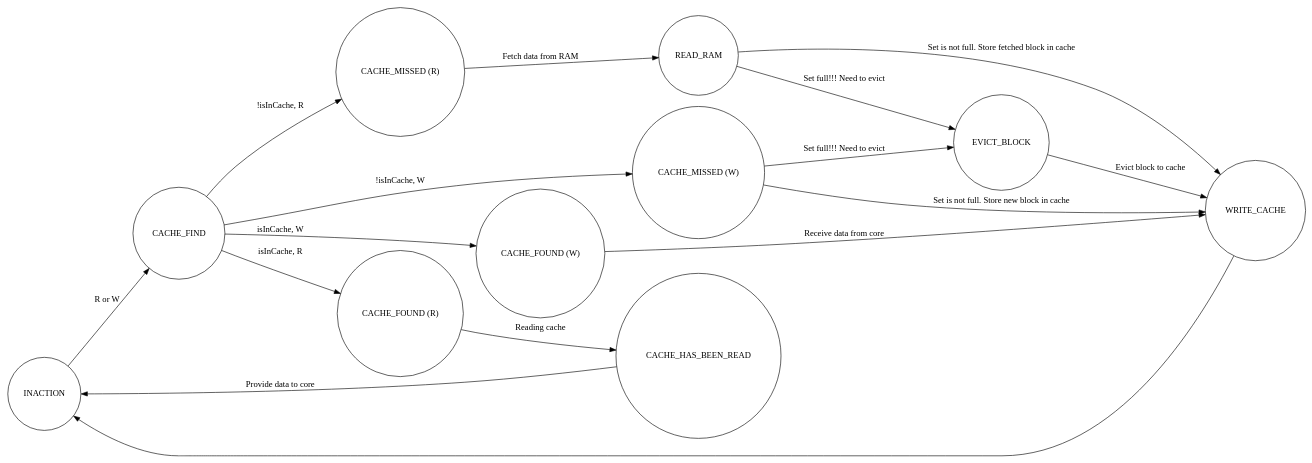
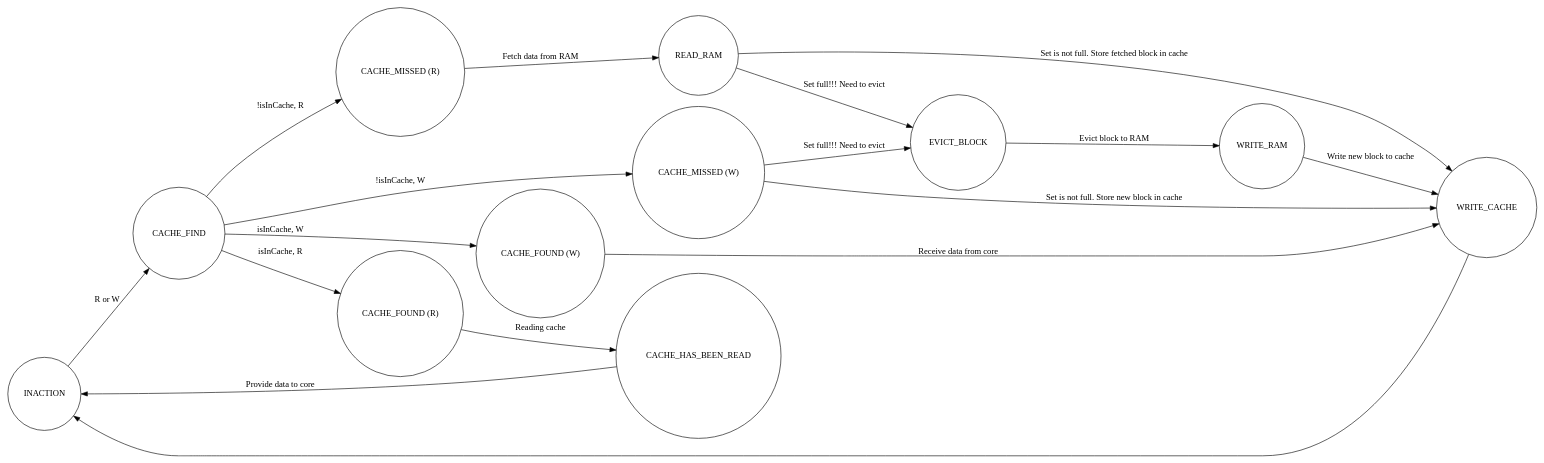
The diagram in Task_5/cache_emulations.DOT (AntonAnisimovMIPT/MCST_Internship), drawn with Graphviz before and after one commit. The commit also changed 1 other file, not shown here.

```diff
--- a/Task_5/cache_emulations.DOT
+++ b/Task_5/cache_emulations.DOT
@@ -1,39 +1,39 @@
 digraph cache_emulations {
     rankdir=LR;
 
     INACTION [label="INACTION", shape=circle];
     CACHE_FIND [label="CACHE_FIND", shape=circle];
     CacheFoundR [label="CACHE_FOUND (R)", shape=circle];
     CacheFoundW [label="CACHE_FOUND (W)", shape=circle];
     CacheMissR [label="CACHE_MISSED (R)", shape=circle];
     CacheMissW [label="CACHE_MISSED (W)", shape=circle];
     ReadFromMemory [label="READ_RAM", shape=circle];
     WriteToCache [label="WRITE_CACHE", shape=circle];
-    //WriteToMemory [label="WRITE_RAM", shape=circle];
+    WriteToMemory [label="WRITE_RAM", shape=circle];
     CacheRead [label="CACHE_HAS_BEEN_READ", shape=circle];
     EvictBlock [label="EVICT_BLOCK", shape=circle];
 
     INACTION -> CACHE_FIND [label="R or W"];
     
     CACHE_FIND -> CacheFoundR [label="isInCache, R"];
     CACHE_FIND -> CacheFoundW [label="isInCache, W"];
     CACHE_FIND -> CacheMissR [label="!isInCache, R"];
     CACHE_FIND -> CacheMissW [label="!isInCache, W"];
 
     CacheFoundR -> CacheRead  [label="Reading cache"];
     CacheRead -> INACTION [label="Provide data to core"];
     CacheFoundW -> WriteToCache [label="Receive data from core"];
 
     CacheMissR -> ReadFromMemory [label="Fetch data from RAM"];
     ReadFromMemory -> WriteToCache [label="Set is not full. Store fetched block in cache"];
     ReadFromMemory -> EvictBlock [label="Set full!!! Need to evict"];
 
     CacheMissW -> WriteToCache [label="Set is not full. Store new block in cache"];
     CacheMissW -> EvictBlock [label="Set full!!! Need to evict"];
 
     WriteToCache -> INACTION;
 
-    
-    EvictBlock -> WriteToCache [label="Evict block to cache"];
+    EvictBlock -> WriteToMemory [label="Evict block to RAM"];
+    WriteToMemory -> WriteToCache [label="Write new block to cache"];
 
 }
```
